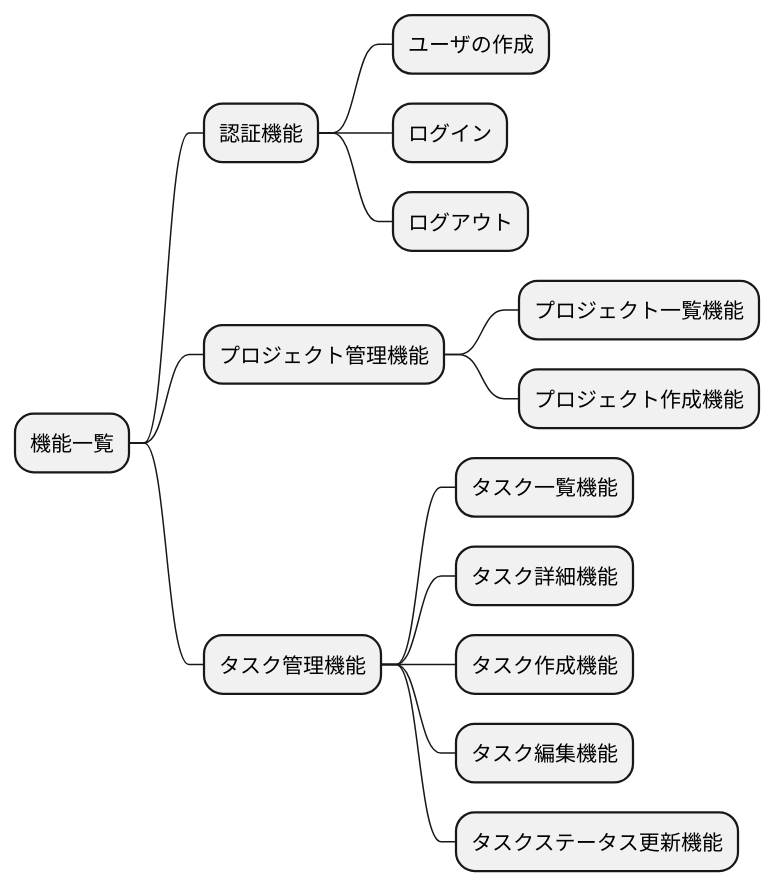
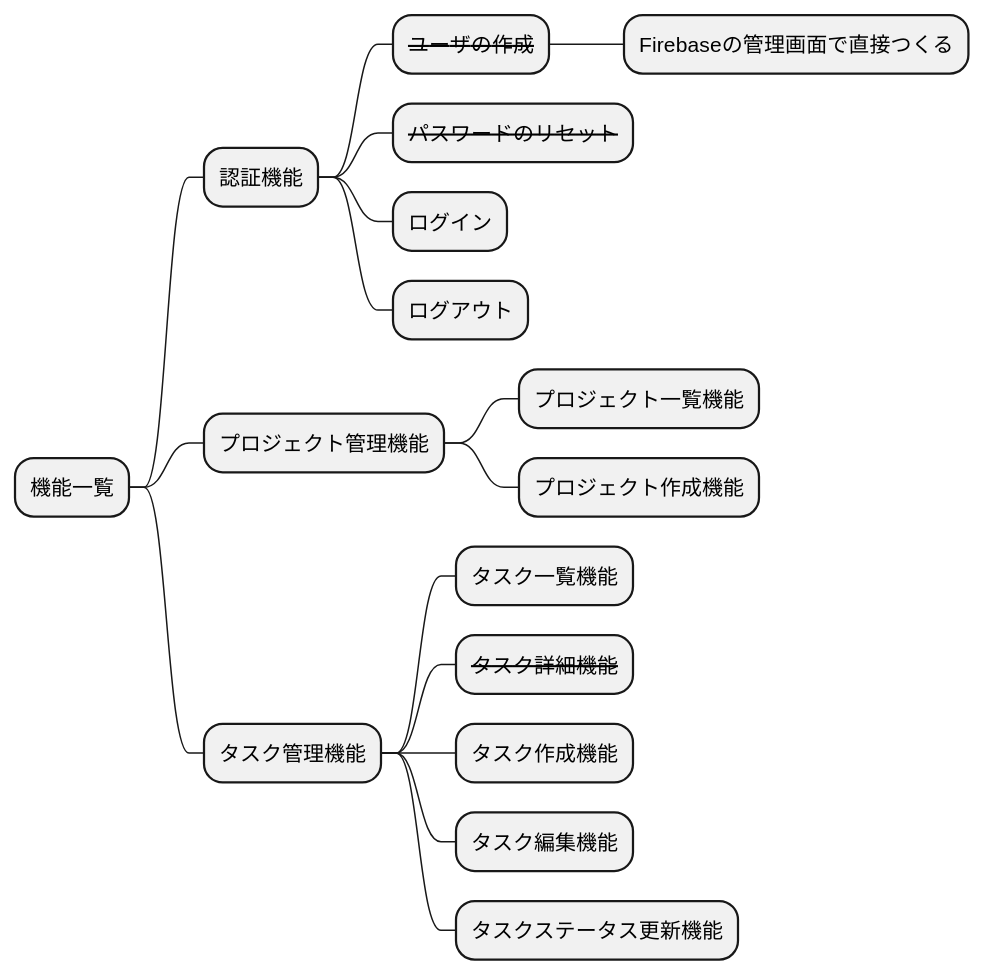
The diagram in docs/first_release/designs/functionality.md (yuya-okada527/panopticon-docs), drawn with PlantUML before and after one commit.

Commit message:
reduce scopes

````diff
--- a/docs/first_release/designs/functionality.md
+++ b/docs/first_release/designs/functionality.md
@@ -3,20 +3,22 @@
 ```plantuml
 @startmindmap
 
 * 機能一覧
 ** 認証機能
-*** ユーザの作成
+*** <s>ユーザの作成</s>
+**** Firebaseの管理画面で直接つくる
+*** <s>パスワードのリセット</s>
 *** ログイン
 *** ログアウト
 ** プロジェクト管理機能
 *** プロジェクト一覧機能
 *** プロジェクト作成機能
 ** タスク管理機能
 *** タスク一覧機能
-*** タスク詳細機能
+*** <s>タスク詳細機能</s>
 *** タスク作成機能
 *** タスク編集機能
 *** タスクステータス更新機能
 
 @endmindmap
 ```
````
